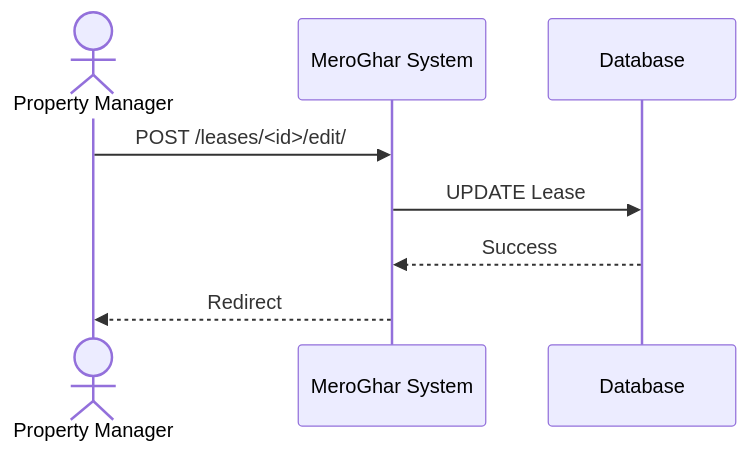
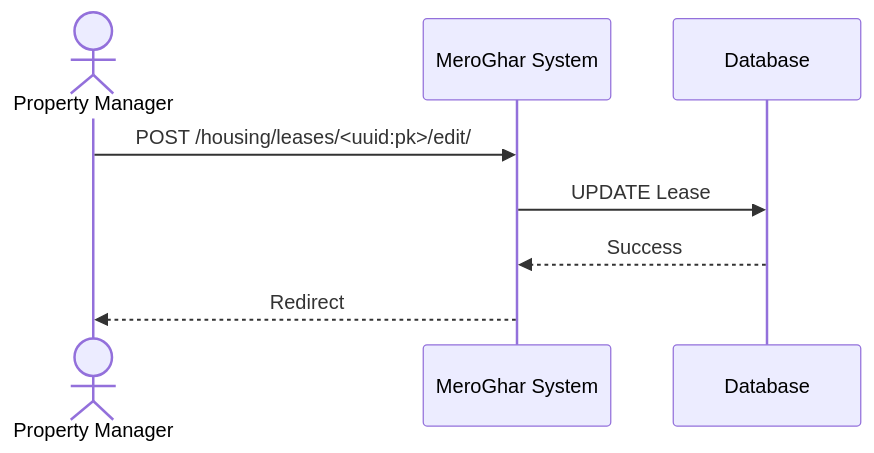
One commit to 0Ankit0/meroghar changed the third of 4 diagrams in docs/workflows/lease.md. Above: the diagram before and after it, drawn with Mermaid. The commit also changed other lines of this file and 12 other files, not shown here.

````diff
--- a/docs/workflows/lease.md
+++ b/docs/workflows/lease.md
@@ -64,11 +64,11 @@
 ```mermaid
 sequenceDiagram
     actor Manager as Property Manager
     participant System as MeroGhar System
     participant DB as Database
 
-    Manager->>System: POST /leases/<id>/edit/
+    Manager->>System: POST /housing/leases/<uuid:pk>/edit/
     System->>DB: UPDATE Lease
     DB-->>System: Success
     System-->>Manager: Redirect
 ```
````
